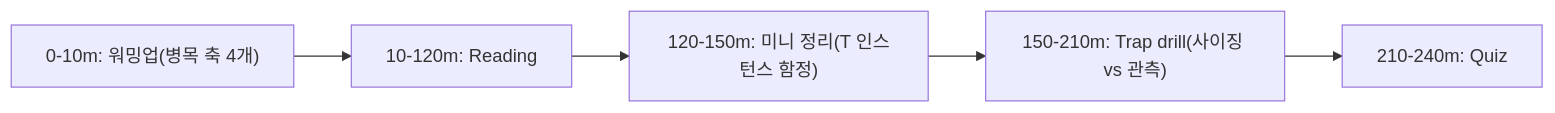
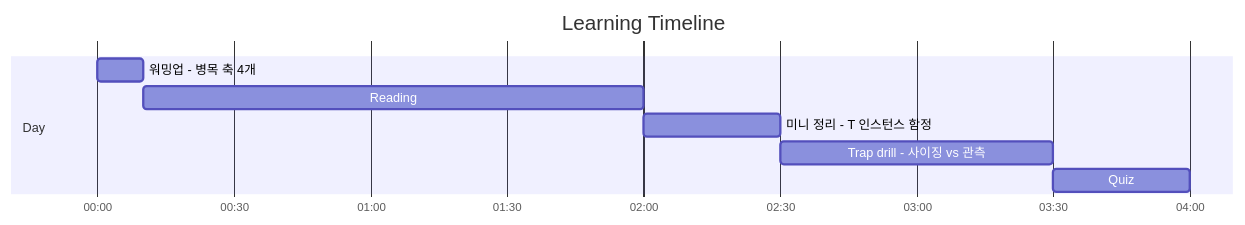
One commit to niceguy61/aws-saa-lecture-2026 changed the first of 2 diagrams in aws-saa/week03/day01/README.md. Above: the diagram before and after it, drawn with Mermaid. The commit also changed 21 other files, not shown here.

Commit message:
docs(aws-saa): use mermaid gantt for learning timelines

````diff
--- a/aws-saa/week03/day01/README.md
+++ b/aws-saa/week03/day01/README.md
@@ -26,7 +26,12 @@
 ```mermaid
-flowchart LR
-  A["0-10m: 워밍업(병목 축 4개)"] --> B["10-120m: Reading"]
-  B --> C["120-150m: 미니 정리(T 인스턴스 함정)"]
-  C --> D["150-210m: Trap drill(사이징 vs 관측)"]
-  D --> E["210-240m: Quiz"]
+gantt
+  title Learning Timeline
+  dateFormat  HH:mm
+  axisFormat  %H:%M
+  section Day
+  워밍업 - 병목 축 4개 :t1, 00:00, 10m
+  Reading :t2, after t1, 110m
+  미니 정리 - T 인스턴스 함정 :t3, after t2, 30m
+  Trap drill - 사이징 vs 관측 :t4, after t3, 60m
+  Quiz :t5, after t4, 30m
 ```
````
